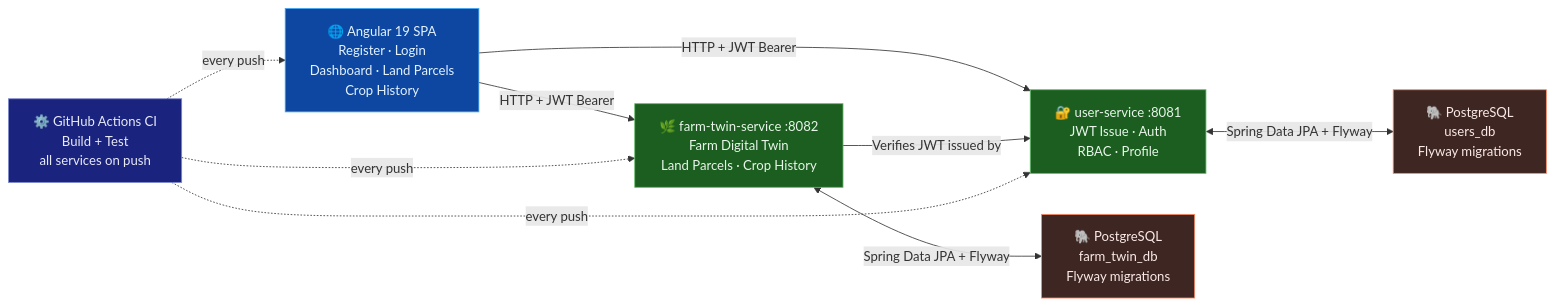
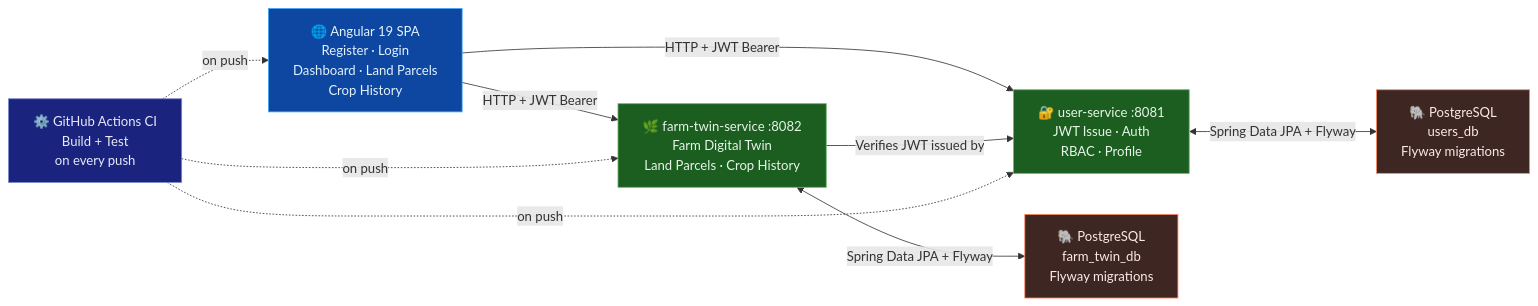
Before and after one commit to ravigithubcse/agri-twin: the diagram in README.md, drawn with Mermaid. The commit also changed other lines of this file and 6 other files, not shown here.

````diff
--- a/README.md
+++ b/README.md
@@ -27,45 +30,45 @@
 ```mermaid
 flowchart LR
     FE["🌐 Angular 19 SPA
     Register · Login
     Dashboard · Land Parcels
     Crop History"]
 
     US["🔐 user-service  :8081
     JWT Issue · Auth
     RBAC · Profile"]
 
     FTS["🌿 farm-twin-service  :8082
     Farm Digital Twin
     Land Parcels · Crop History"]
 
     PG1["🐘 PostgreSQL
     users_db
     Flyway migrations"]
 
     PG2["🐘 PostgreSQL
     farm_twin_db
     Flyway migrations"]
 
     CI["⚙️ GitHub Actions CI
     Build + Test
-    all services on push"]
+    on every push"]
 
     FE -->|HTTP + JWT Bearer| US
     FE -->|HTTP + JWT Bearer| FTS
     FTS -->|Verifies JWT issued by| US
     US  <-->|Spring Data JPA + Flyway| PG1
     FTS <-->|Spring Data JPA + Flyway| PG2
-    CI  -.->|every push| US
-    CI  -.->|every push| FTS
-    CI  -.->|every push| FE
+    CI  -.->|on push| US
+    CI  -.->|on push| FTS
+    CI  -.->|on push| FE
 
     classDef fe   fill:#0d47a1,stroke:#42a5f5,color:#e3f2fd
     classDef svc  fill:#1b5e20,stroke:#66bb6a,color:#e8f5e9
     classDef db   fill:#3e2723,stroke:#ff8a65,color:#fbe9e7
     classDef ci   fill:#1a237e,stroke:#7986cb,color:#e8eaf6
     class FE fe
     class US,FTS svc
     class PG1,PG2 db
     class CI ci
 ```
````
